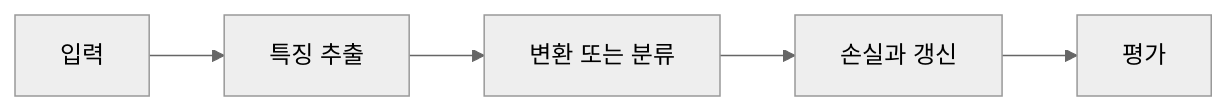
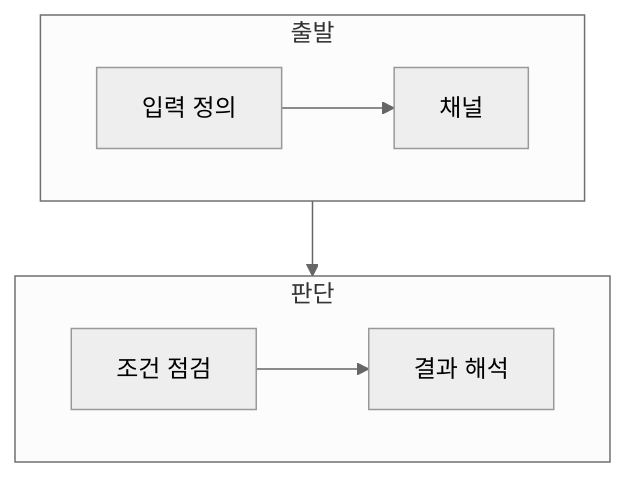
The diagram in ComputerScience/03_ai-ml-data/artificial-intelligence/notes/01. CNN의 공간 크기와 채널.md (umyunsang/edu), drawn with Mermaid (neutral theme) before and after one commit. The commit also changed other lines of this file and 20 other files, not shown here.

````diff
--- a/ComputerScience/03_ai-ml-data/artificial-intelligence/notes/01. CNN의 공간 크기와 채널.md
+++ b/ComputerScience/03_ai-ml-data/artificial-intelligence/notes/01. CNN의 공간 크기와 채널.md
@@ -24,7 +23,12 @@
 ```mermaid
-flowchart LR
-    A["입력"] --> B["특징 추출"]
-    B --> C["변환 또는 분류"]
-    C --> D["손실과 갱신"]
-    D --> E["평가"]
+flowchart TB
+    subgraph Input[출발]
+        direction LR
+        A[입력 정의] --> B[채널]
+    end
+    subgraph Decision[판단]
+        direction LR
+        C[조건 점검] --> D[결과 해석]
+    end
+    B --> C
 ```
````
